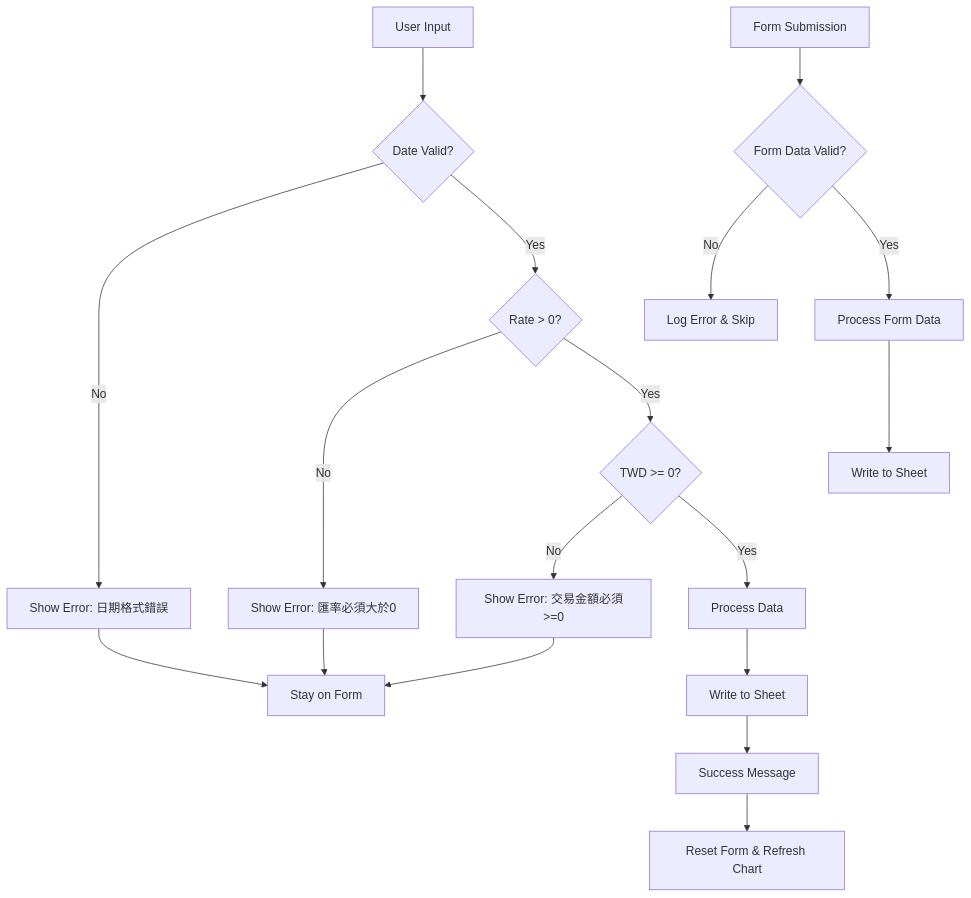
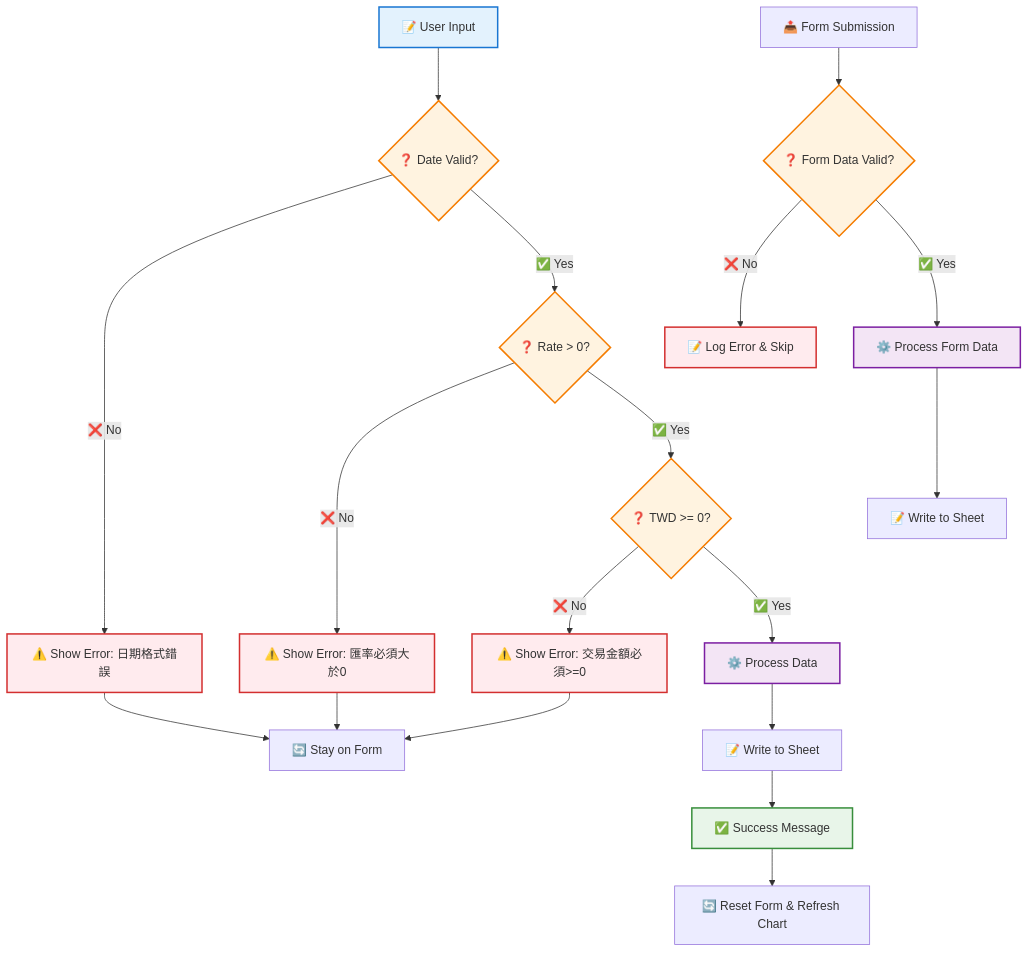
The third of 3 diagrams in README.md (DanielHo-BS/ExchangeRateDashboard), drawn with Mermaid before and after one commit. The commit also changed other lines of this file, not shown here.

First line of the commit message:
Enhance README.md with improved visual elements and flowchart annotations

````diff
--- a/README.md
+++ b/README.md
@@ -189,22 +214,38 @@
 ```mermaid
 flowchart TD
-    A[User Input] --> B{Date Valid?}
-    B -->|No| C[Show Error: 日期格式錯誤]
-    B -->|Yes| D{Rate > 0?}
-    D -->|No| E[Show Error: 匯率必須大於0]
-    D -->|Yes| F{TWD >= 0?}
-    F -->|No| G[Show Error: 交易金額必須>=0]
-    F -->|Yes| H[Process Data]
-    H --> I[Write to Sheet]
-    I --> J[Success Message]
+    %% 主要輸入驗證流程
+    A[📝 User Input] --> B{❓ Date Valid?}
+    B -->|❌ No| C[⚠️ Show Error: 日期格式錯誤]
+    B -->|✅ Yes| D{❓ Rate > 0?}
+    D -->|❌ No| E[⚠️ Show Error: 匯率必須大於0]
+    D -->|✅ Yes| F{❓ TWD >= 0?}
+    F -->|❌ No| G[⚠️ Show Error: 交易金額必須>=0]
+    F -->|✅ Yes| H[⚙️ Process Data]
+    H --> I[📝 Write to Sheet]
+    I --> J[✅ Success Message]
     
-    C --> K[Stay on Form]
+    %% 錯誤處理分支
+    C --> K[🔄 Stay on Form]
     E --> K
     G --> K
-    J --> L[Reset Form & Refresh Chart]
+    J --> L[🔄 Reset Form & Refresh Chart]
     
-    M[Form Submission] --> N{Form Data Valid?}
-    N -->|No| O[Log Error & Skip]
-    N -->|Yes| P[Process Form Data]
-    P --> Q[Write to Sheet]
+    %% Form 提交驗證流程
+    M[📤 Form Submission] --> N{❓ Form Data Valid?}
+    N -->|❌ No| O[📝 Log Error & Skip]
+    N -->|✅ Yes| P[⚙️ Process Form Data]
+    P --> Q[📝 Write to Sheet]
+    
+    %% 樣式設定
+    classDef inputNode fill:#e3f2fd,stroke:#1976d2,stroke-width:2px
+    classDef validationNode fill:#fff3e0,stroke:#f57c00,stroke-width:2px
+    classDef errorNode fill:#ffebee,stroke:#d32f2f,stroke-width:2px
+    classDef successNode fill:#e8f5e9,stroke:#388e3c,stroke-width:2px
+    classDef processNode fill:#f3e5f5,stroke:#7b1fa2,stroke-width:2px
+    
+    class A inputNode
+    class B,D,F,N validationNode
+    class C,E,G,O errorNode
+    class J successNode
+    class H,P processNode
 ```
````
